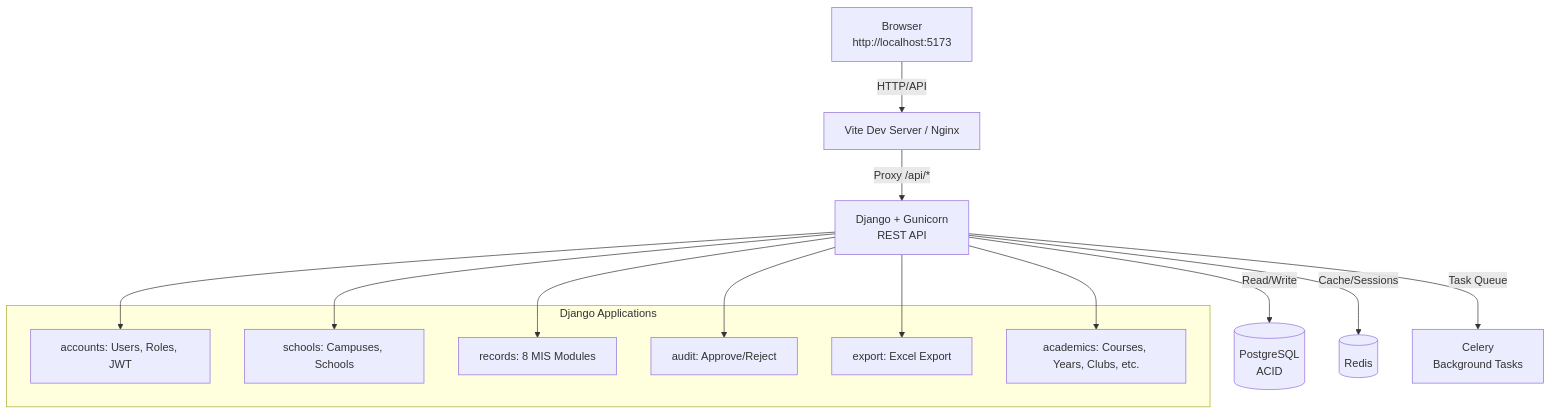
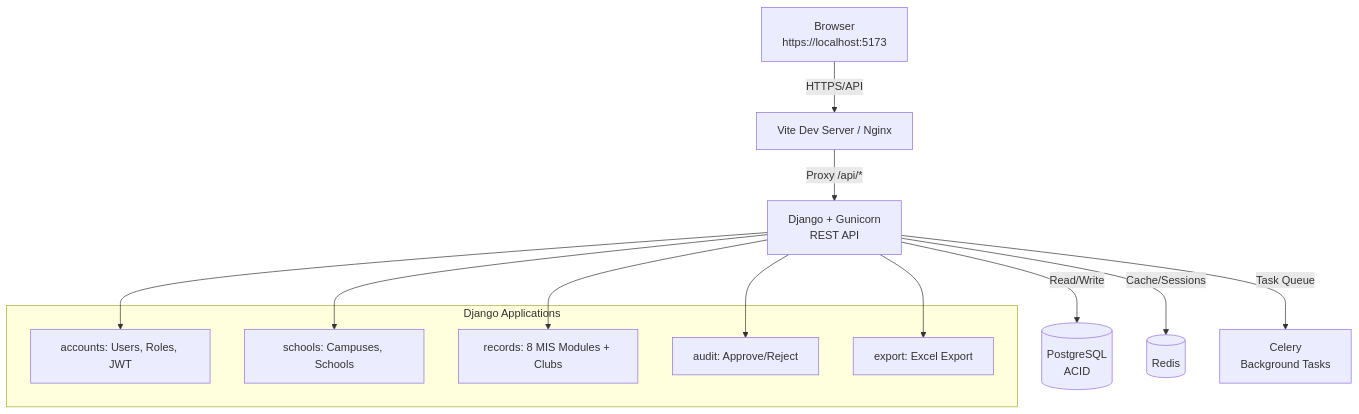
Before and after one commit to aarushchaudhary/nmpralekh: the first of 5 diagrams in README.md, drawn with Mermaid. The commit also changed other lines of this file, not shown here.

````diff
--- a/README.md
+++ b/README.md
@@ -25,25 +25,23 @@
 ```mermaid
 graph TD
-    A[Browser<br>http://localhost:5173] -->|HTTP/API| B[Vite Dev Server / Nginx]
+    A[Browser<br>https://localhost:5173] -->|HTTPS/API| B[Vite Dev Server / Nginx]
     B -->|Proxy /api/*| C[Django + Gunicorn<br>REST API]
     
     subgraph Django Applications
         D1[accounts: Users, Roles, JWT]
         D2[schools: Campuses, Schools]
-        D3[records: 8 MIS Modules]
+        D3[records: 8 MIS Modules + Clubs]
         D4[audit: Approve/Reject]
         D5[export: Excel Export]
-        D6[academics: Courses, Years, Clubs, etc.]
     end
     
     C --> D1
     C --> D2
     C --> D3
     C --> D4
     C --> D5
-    C --> D6
     
     C -->|Read/Write| DB[(PostgreSQL<br>ACID)]
     C -->|Cache/Sessions| Cache[(Redis)]
     C -->|Task Queue| Worker[Celery<br>Background Tasks]
 ```
````
